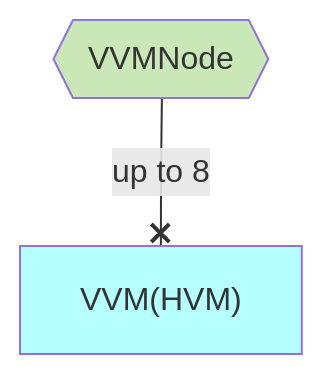
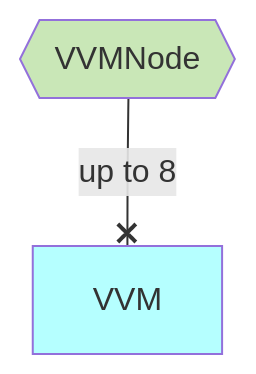
One commit to voedger/voedger changed the second of 3 diagrams in design/0-inv/20230304-about-EE-design/README.md. Above: the diagram before and after it, drawn with Mermaid. The commit also changed other lines of this file and 11 other files, not shown here.

````diff
--- a/design/0-inv/20230304-about-EE-design/README.md
+++ b/design/0-inv/20230304-about-EE-design/README.md
@@ -78,14 +78,14 @@
 ```mermaid
 flowchart TD
 
     %% Entities ====================
 
     VVMNode{{VVMNode}}:::H
 
-    VVMNode --x|up to 8| VVM["VVM(HVM)"]:::S
+    VVMNode --x|up to 8| VVM["VVM"]:::S
 
     classDef B fill:#FFFFB5
     classDef S fill:#B5FFFF
     classDef H fill:#C9E7B7
     classDef G fill:#FFFFFF,stroke:#000000, stroke-width:1px, stroke-dasharray: 5 5
-```  
+```
````
